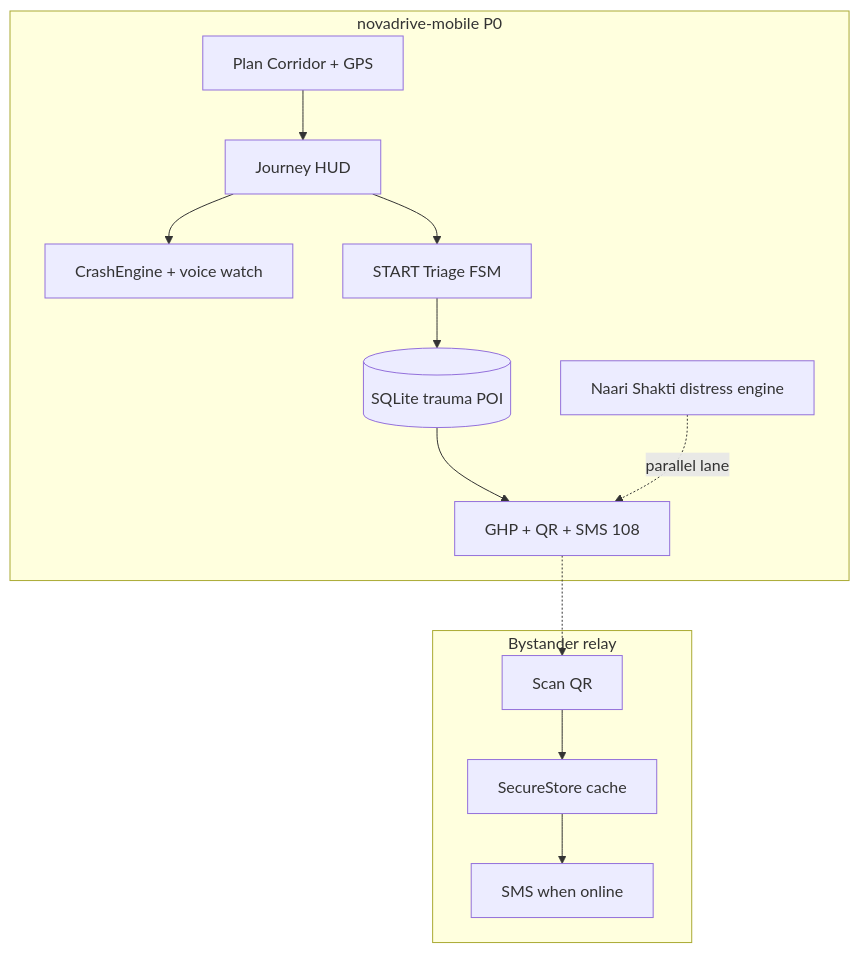
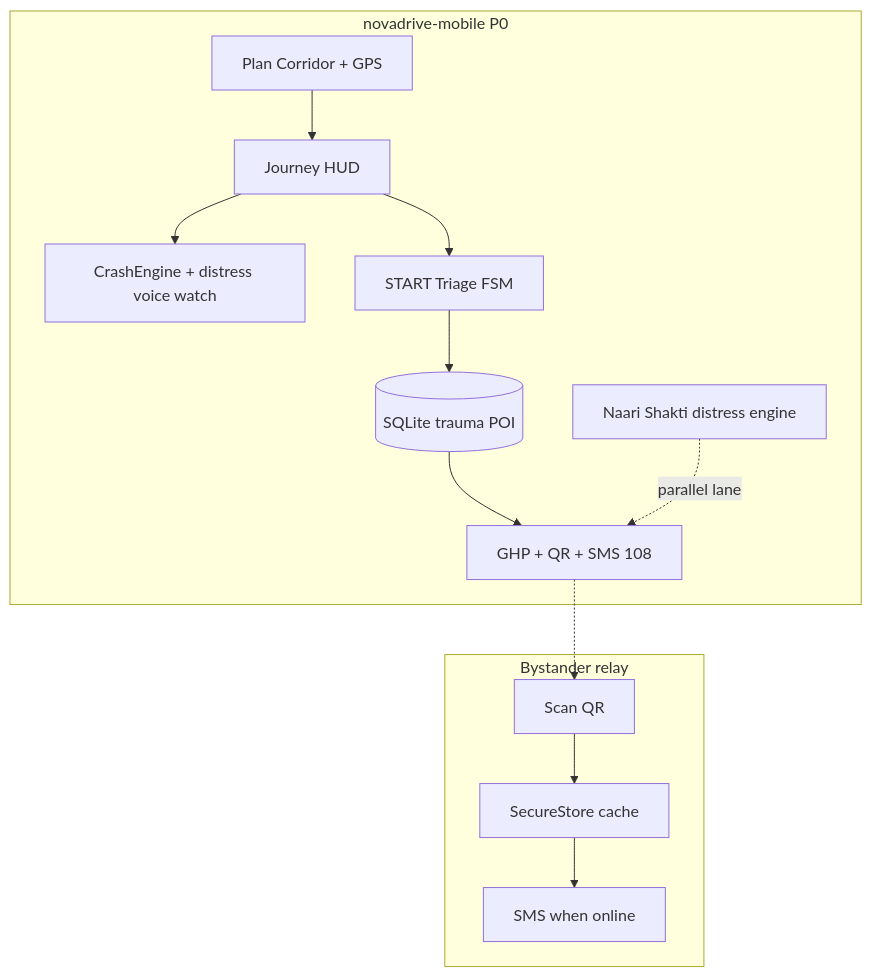
One commit to Stormynubee/novadrive changed the fourth of 4 diagrams in README.md. Above: the diagram before and after it, drawn with Mermaid. The commit also changed other lines of this file and 10 other files, not shown here.

First line of the commit message:
docs: sync README and judge docs for v1.4.0 distress voice

````diff
--- a/README.md
+++ b/README.md
@@ -99,25 +99,25 @@
 ```mermaid
 flowchart TB
   subgraph mobile [novadrive-mobile P0]
     Plan[Plan Corridor + GPS]
     J[Journey HUD]
-    C[CrashEngine + voice watch]
+    C[CrashEngine + distress voice watch]
     S[START Triage FSM]
     DB[(SQLite trauma POI)]
     G[GHP + QR + SMS 108]
     N[Naari Shakti distress engine]
     Plan --> J
     J --> C
     J --> S
     S --> DB
     DB --> G
     N -.->|parallel lane| G
   end
   subgraph relay [Bystander relay]
     QR[Scan QR]
     RS[SecureStore cache]
     SMS[SMS when online]
     QR --> RS --> SMS
   end
   G -.-> QR
 ```
````
